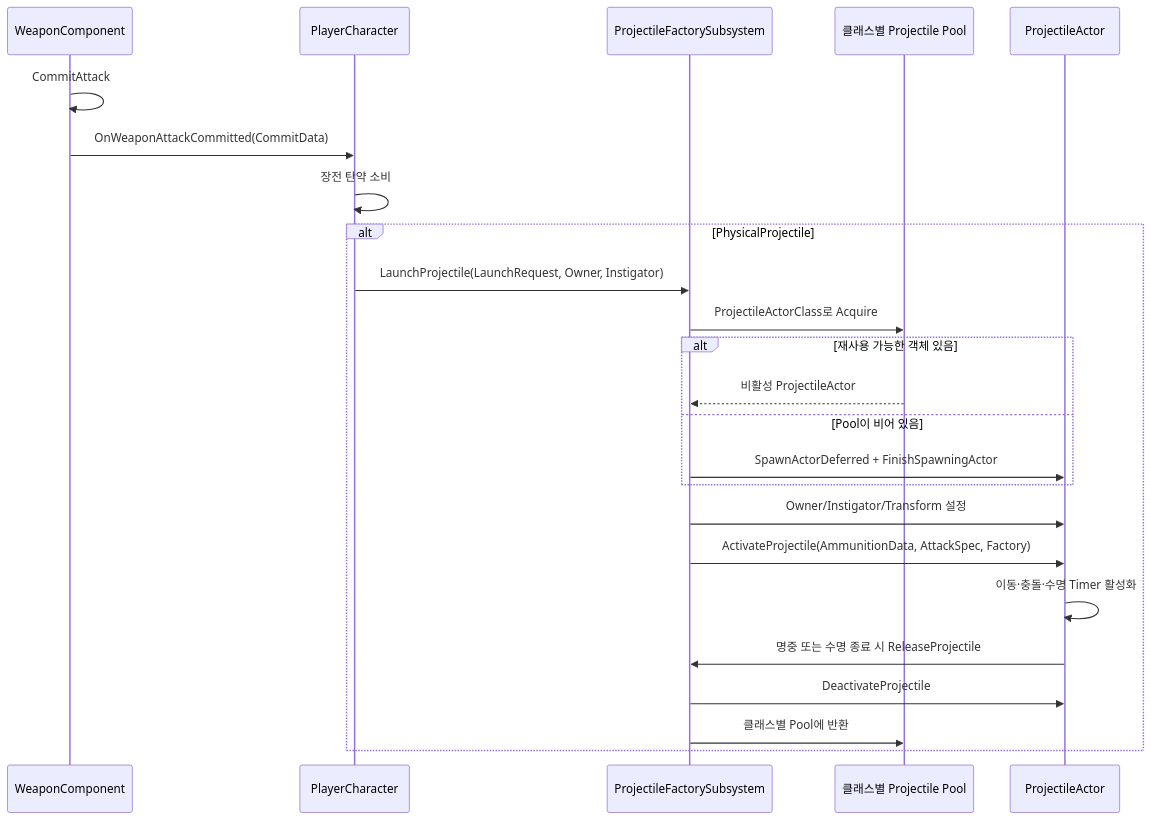
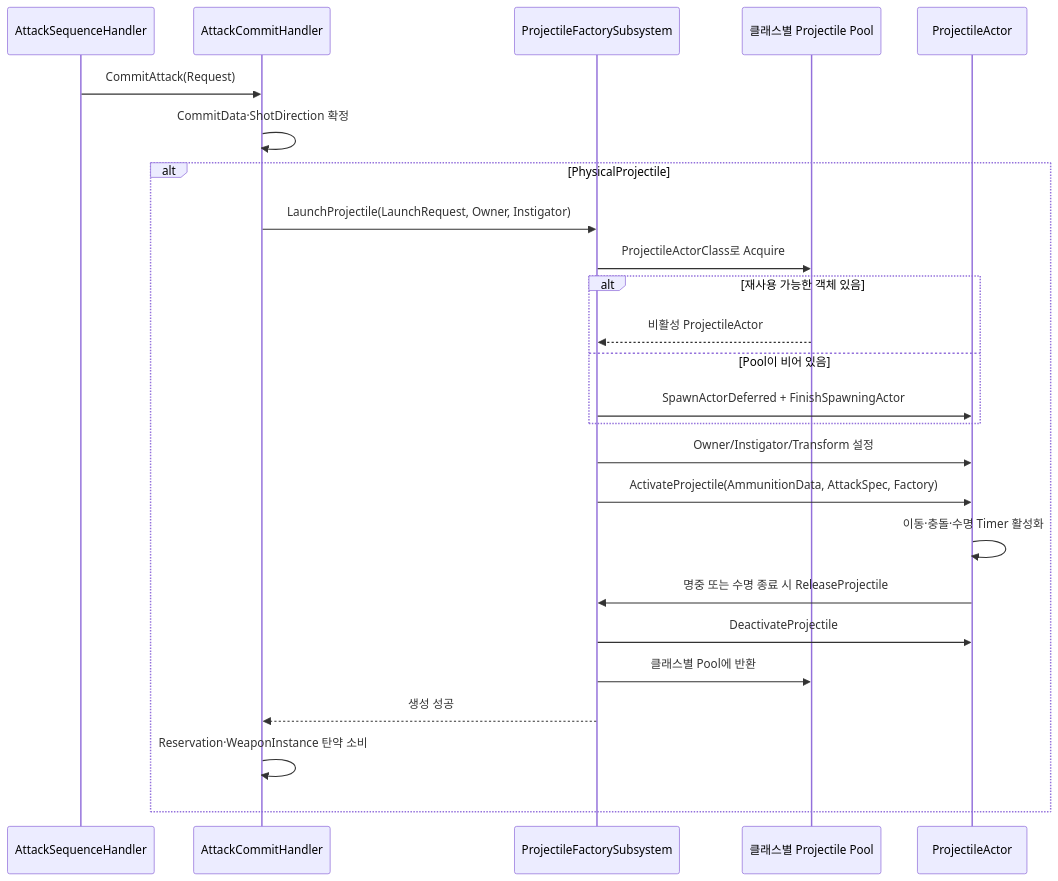
One commit to liang2papa/Astra_Docs changed the third of 4 diagrams in Wiki/03_시스템 설계/무기.md. Above: the diagram before and after it, drawn with Mermaid. The commit also changed other lines of this file and 16 other files, not shown here.

````diff
--- a/Wiki/03_시스템 설계/무기.md
+++ b/Wiki/03_시스템 설계/무기.md
@@ -251,27 +290,28 @@
 ```mermaid
 sequenceDiagram
-    participant Weapon as WeaponComponent
-    participant Player as PlayerCharacter
+    participant Seq as AttackSequenceHandler
+    participant Commit as AttackCommitHandler
     participant Factory as ProjectileFactorySubsystem
     participant Pool as 클래스별 Projectile Pool
     participant Projectile as ProjectileActor
 
-    Weapon->>Weapon: CommitAttack
-    Weapon->>Player: OnWeaponAttackCommitted(CommitData)
-    Player->>Player: 장전 탄약 소비
+    Seq->>Commit: CommitAttack(Request)
+    Commit->>Commit: CommitData·ShotDirection 확정
     alt PhysicalProjectile
-        Player->>Factory: LaunchProjectile(LaunchRequest, Owner, Instigator)
+        Commit->>Factory: LaunchProjectile(LaunchRequest, Owner, Instigator)
         Factory->>Pool: ProjectileActorClass로 Acquire
         alt 재사용 가능한 객체 있음
             Pool-->>Factory: 비활성 ProjectileActor
         else Pool이 비어 있음
             Factory->>Projectile: SpawnActorDeferred + FinishSpawningActor
         end
         Factory->>Projectile: Owner/Instigator/Transform 설정
         Factory->>Projectile: ActivateProjectile(AmmunitionData, AttackSpec, Factory)
         Projectile->>Projectile: 이동·충돌·수명 Timer 활성화
         Projectile->>Factory: 명중 또는 수명 종료 시 ReleaseProjectile
         Factory->>Projectile: DeactivateProjectile
         Factory->>Pool: 클래스별 Pool에 반환
+        Factory-->>Commit: 생성 성공
+        Commit->>Commit: Reservation·WeaponInstance 탄약 소비
     end
 ```
````
